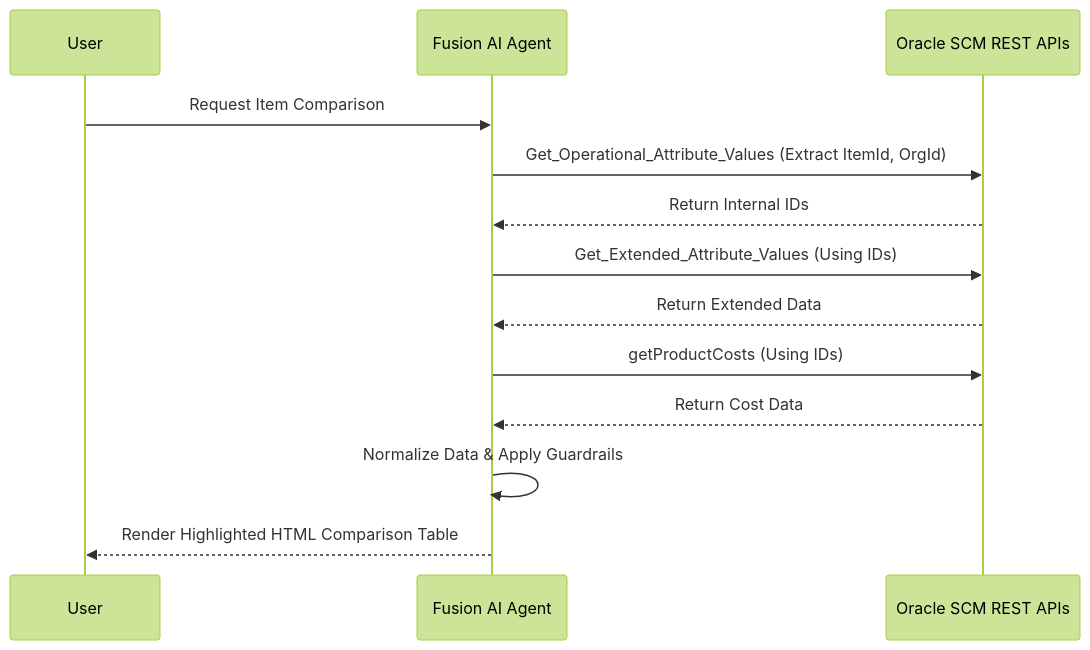
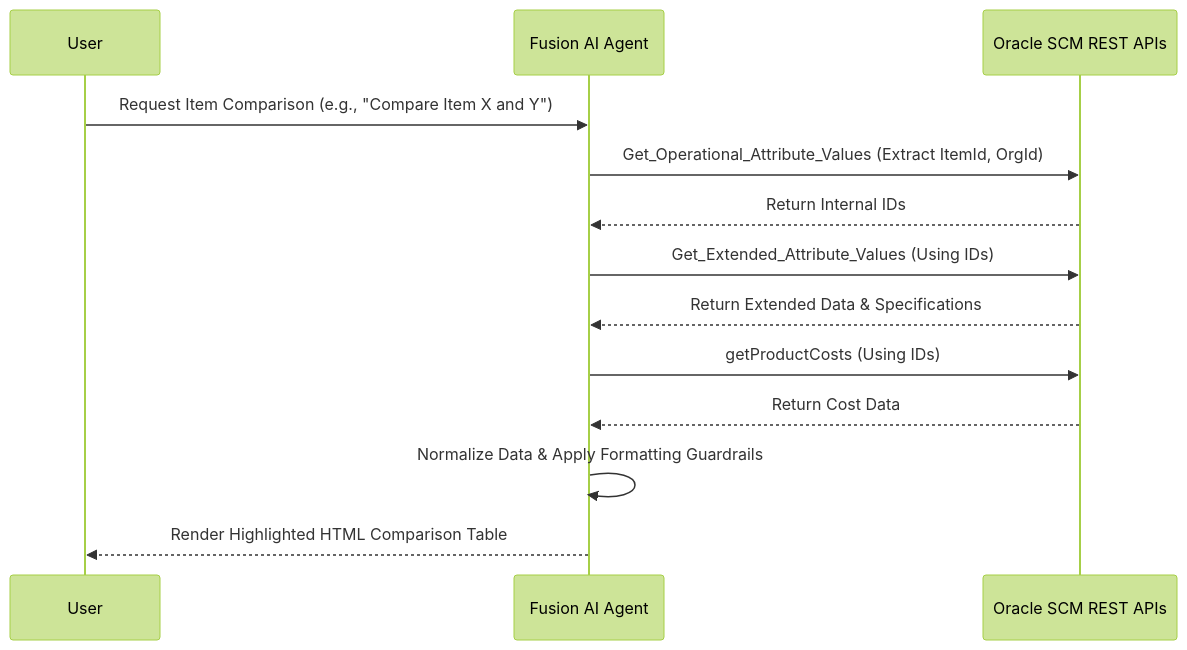
One commit to Shreyansh2203/Product-Comparison-Advisor---AI-Agent changed the diagram in README.md. Above: the diagram before and after it, drawn with Mermaid (forest theme). The commit also changed other lines of this file, not shown here.

````diff
--- a/README.md
+++ b/README.md
@@ -22,16 +38,16 @@
 ```mermaid
 sequenceDiagram
     participant User
     participant Agent as Fusion AI Agent
     participant Oracle as Oracle SCM REST APIs
     
-    User->>Agent: Request Item Comparison
+    User->>Agent: Request Item Comparison (e.g., "Compare Item X and Y")
     Agent->>Oracle: Get_Operational_Attribute_Values (Extract ItemId, OrgId)
     Oracle-->>Agent: Return Internal IDs
     Agent->>Oracle: Get_Extended_Attribute_Values (Using IDs)
-    Oracle-->>Agent: Return Extended Data
+    Oracle-->>Agent: Return Extended Data & Specifications
     Agent->>Oracle: getProductCosts (Using IDs)
     Oracle-->>Agent: Return Cost Data
-    Agent->>Agent: Normalize Data & Apply Guardrails
+    Agent->>Agent: Normalize Data & Apply Formatting Guardrails
     Agent-->>User: Render Highlighted HTML Comparison Table
 ```
````
